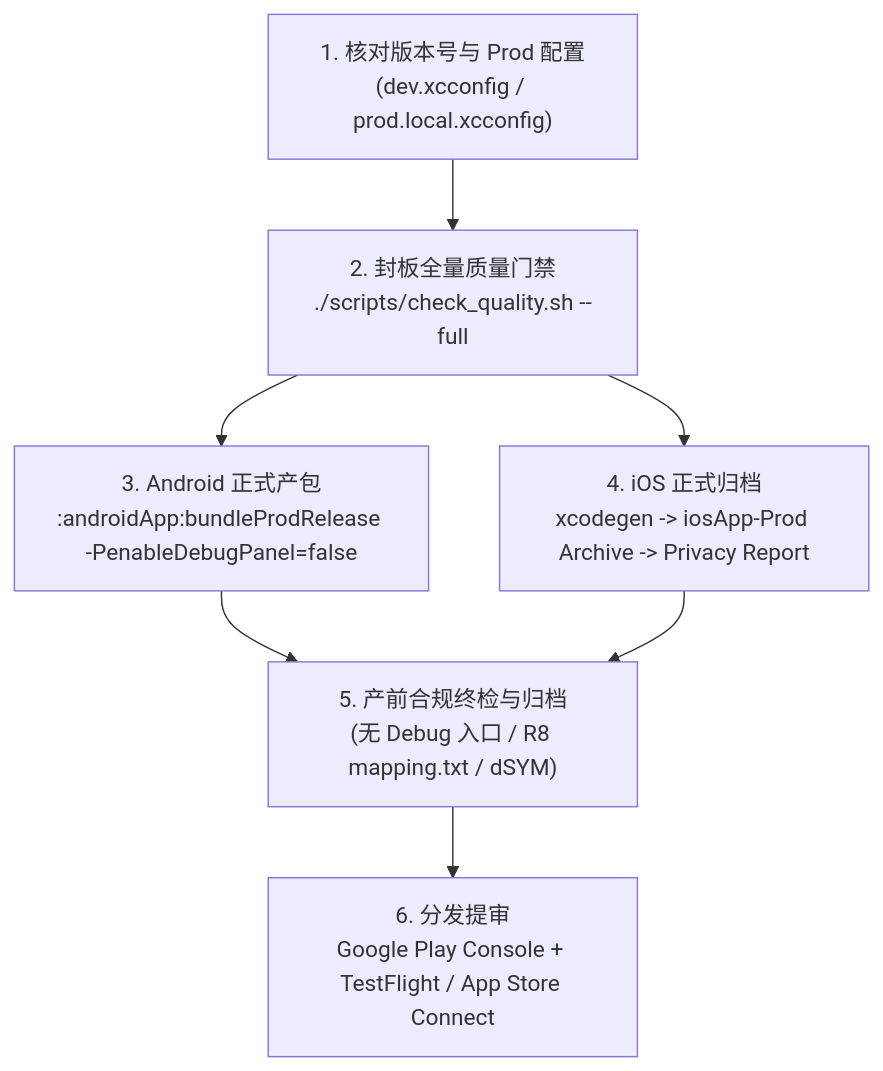
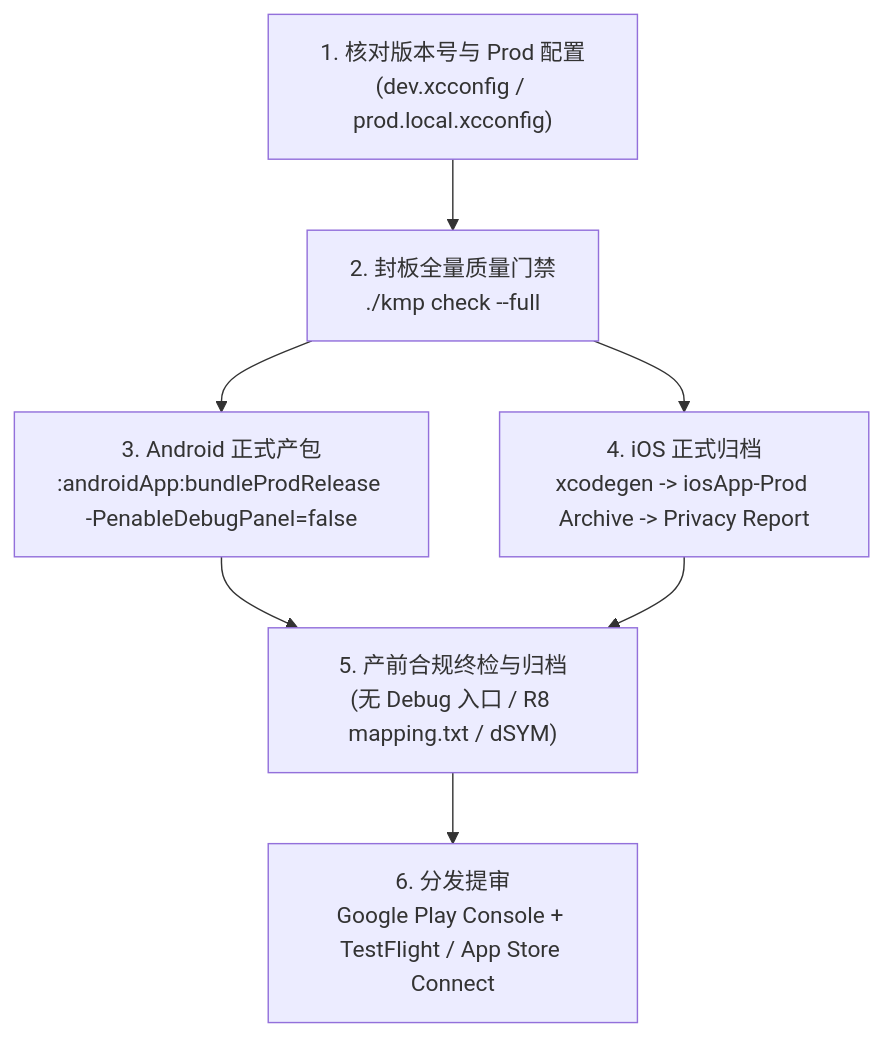
Before and after one commit to e-hai/Architecture: the diagram in docs/sop/0006-release-and-cicd-delivery.md, drawn with Mermaid. The commit also changed other lines of this file and 32 other files, not shown here.

Commit message:
refactor(scripts): unify scaffold CLI under ./kmp and organize scripts/ into internal/hooks/tests

````diff
--- a/docs/sop/0006-release-and-cicd-delivery.md
+++ b/docs/sop/0006-release-and-cicd-delivery.md
@@ -26,9 +26,9 @@
 ```mermaid
 flowchart TD
-    V["1. 核对版本号与 Prod 配置\n(dev.xcconfig / prod.local.xcconfig)"] --> Q["2. 封板全量质量门禁\n./scripts/check_quality.sh --full"]
+    V["1. 核对版本号与 Prod 配置\n(dev.xcconfig / prod.local.xcconfig)"] --> Q["2. 封板全量质量门禁\n./kmp check --full"]
     Q --> A["3. Android 正式产包\n:androidApp:bundleProdRelease -PenableDebugPanel=false"]
     Q --> I["4. iOS 正式归档\nxcodegen -> iosApp-Prod Archive -> Privacy Report"]
     A --> S["5. 产前合规终检与归档\n(无 Debug 入口 / R8 mapping.txt / dSYM)"]
     I --> S
     S --> Pub["6. 分发提审\nGoogle Play Console + TestFlight / App Store Connect"]
 ```
````
